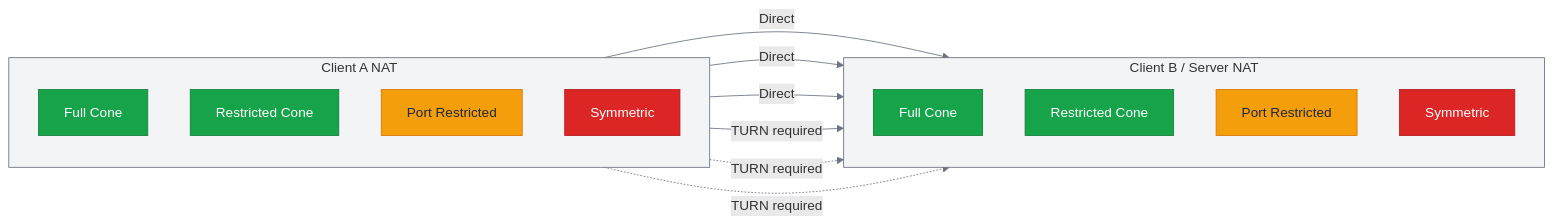
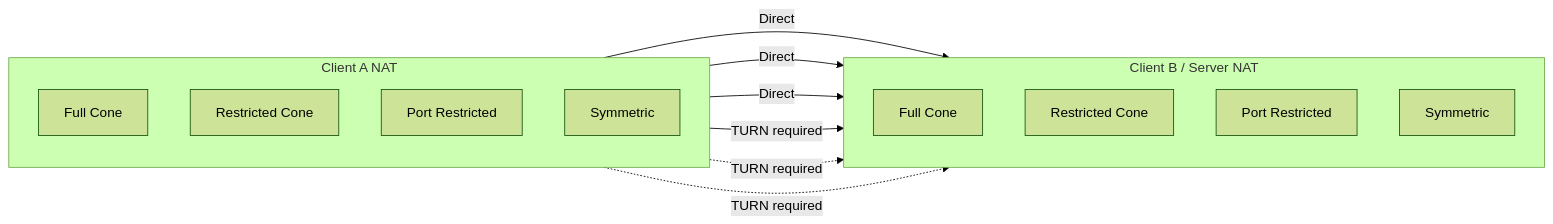
The fourth of 4 diagrams in docs/architecture/webrtc-connectivity.md (bedrud-ir/bedrud), drawn with Mermaid before and after one commit. The commit also changed other lines of this file and 9 other files, not shown here.

Commit message:
update mermaid diagrams to use forest theme for consistent rendering

````diff
--- a/docs/architecture/webrtc-connectivity.md
+++ b/docs/architecture/webrtc-connectivity.md
@@ -163,47 +116,28 @@
 ```mermaid
-%%{init: {'themeVariables': {
-  'primaryColor': '#4F46E1',
-  'primaryTextColor': '#FFFFFF',
-  'primaryBorderColor': '#3B37B3',
-  'lineColor': '#6B7280',
-  'secondaryColor': '#F3F4F6',
-  'tertiaryColor': '#E5E7EB',
-  'background': '#FFFFFF',
-  'mainBkg': '#EEF2FF',
-  'nodeBorder': '#3B37B3'
-}}}%%
+%%{init: {'theme': 'forest'}}%%
 flowchart LR
     subgraph NAT1["Client A NAT"]
         direction TB
         F["Full Cone"]
         R["Restricted Cone"]
         PR["Port Restricted"]
         S["Symmetric"]
     end
 
     subgraph NAT2["Client B / Server NAT"]
         direction TB
         F2["Full Cone"]
         R2["Restricted Cone"]
         PR2["Port Restricted"]
         S2["Symmetric"]
     end
 
     F -->|"Direct"| F2
     R -->|"Direct"| R2
     PR -->|"Direct"| PR2
     S -->|"TURN required"| S2
     S -.->|"TURN required"| PR2
     PR -.->|"TURN required"| S2
 
-    style F fill:#16A34A,stroke:#15803D,color:#FFFFFF
-    style R fill:#16A34A,stroke:#15803D,color:#FFFFFF
-    style PR fill:#F59E0B,stroke:#D97706,color:#1F2937
-    style S fill:#DC2626,stroke:#B91C1C,color:#FFFFFF
-    style F2 fill:#16A34A,stroke:#15803D,color:#FFFFFF
-    style R2 fill:#16A34A,stroke:#15803D,color:#FFFFFF
-    style PR2 fill:#F59E0B,stroke:#D97706,color:#1F2937
-    style S2 fill:#DC2626,stroke:#B91C1C,color:#FFFFFF
-    style NAT1 fill:#F3F4F6,stroke:#6B7280
-    style NAT2 fill:#F3F4F6,stroke:#6B7280
+
 ```
````
